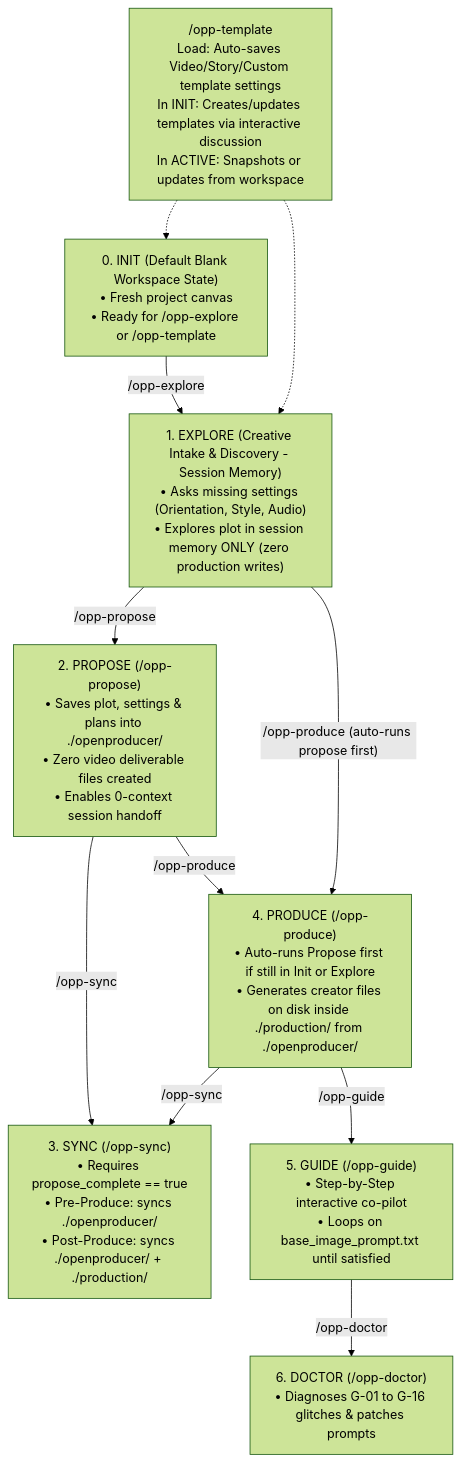
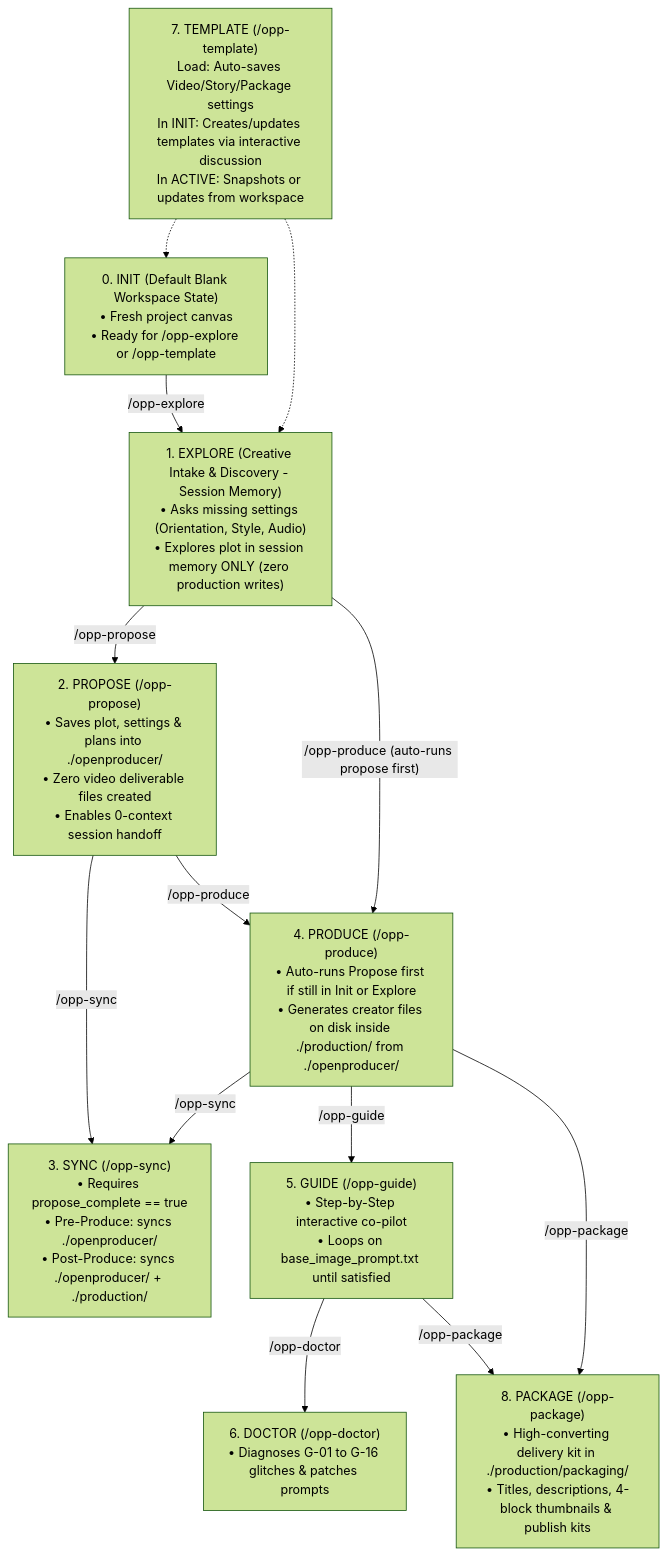
Before and after one commit to TheProjectsX/openproducer: the diagram in src/templates/production_template/AGENTS.md, drawn with Mermaid (forest theme). The commit also changed other lines of this file and 42 other files, not shown here.

Commit message:
Add openproducer package skill, workflow, specs, and template generation commands

````diff
--- a/src/templates/production_template/AGENTS.md
+++ b/src/templates/production_template/AGENTS.md
@@ -135,21 +159,24 @@
 ```mermaid
 flowchart TD
     I["0. INIT (Default Blank Workspace State)<br/>• Fresh project canvas<br/>• Ready for /opp-explore or /opp-template"]
-    T["/opp-template<br/>Load: Auto-saves Video/Story/Custom template settings<br/>In INIT: Creates/updates templates via interactive discussion<br/>In ACTIVE: Snapshots or updates from workspace"] -.-> I
+    T["7. TEMPLATE (/opp-template)<br/>Load: Auto-saves Video/Story/Package settings<br/>In INIT: Creates/updates templates via interactive discussion<br/>In ACTIVE: Snapshots or updates from workspace"] -.-> I
     T -.-> E
     I -->|"/opp-explore"| E
     E["1. EXPLORE (Creative Intake & Discovery - Session Memory)<br/>• Asks missing settings (Orientation, Style, Audio)<br/>• Explores plot in session memory ONLY (zero production writes)"]
     P["2. PROPOSE (/opp-propose)<br/>• Saves plot, settings & plans into ./openproducer/<br/>• Zero video deliverable files created<br/>• Enables 0-context session handoff"]
     S["3. SYNC (/opp-sync)<br/>• Requires propose_complete == true<br/>• Pre-Produce: syncs ./openproducer/<br/>• Post-Produce: syncs ./openproducer/ + ./production/"]
     PR["4. PRODUCE (/opp-produce)<br/>• Auto-runs Propose first if still in Init or Explore<br/>• Generates creator files on disk inside ./production/ from ./openproducer/"]
     G["5. GUIDE (/opp-guide)<br/>• Step-by-Step interactive co-pilot<br/>• Loops on base_image_prompt.txt until satisfied"]
     D["6. DOCTOR (/opp-doctor)<br/>• Diagnoses G-01 to G-16 glitches & patches prompts"]
+    PKG["8. PACKAGE (/opp-package)<br/>• High-converting delivery kit in ./production/packaging/<br/>• Titles, descriptions, 4-block thumbnails & publish kits"]
 
     E -->|"/opp-propose"| P
     E -->|"/opp-produce (auto-runs propose first)"| PR
     P -->|"/opp-sync"| S
     P -->|"/opp-produce"| PR
     PR -->|"/opp-sync"| S
     PR -->|"/opp-guide"| G
     G -->|"/opp-doctor"| D
+    PR -->|"/opp-package"| PKG
+    G -->|"/opp-package"| PKG
 ```
````
